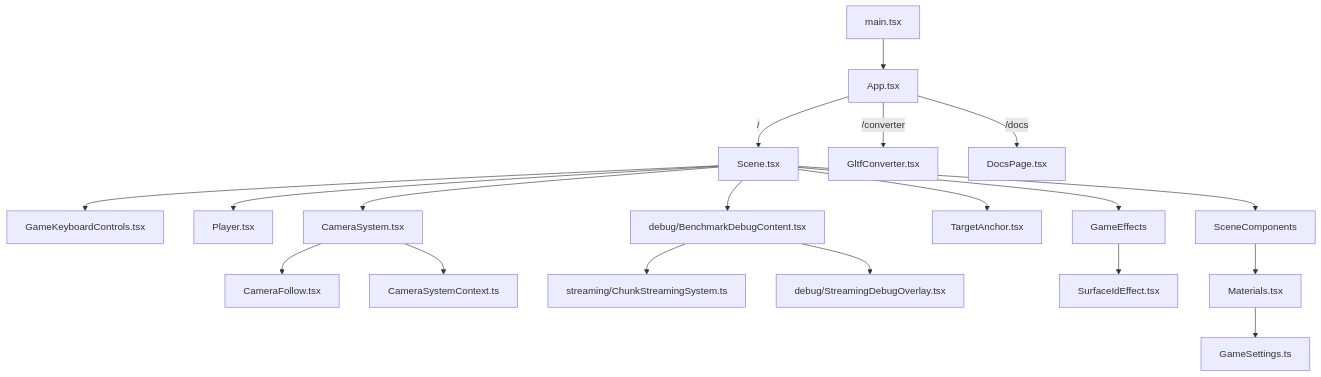
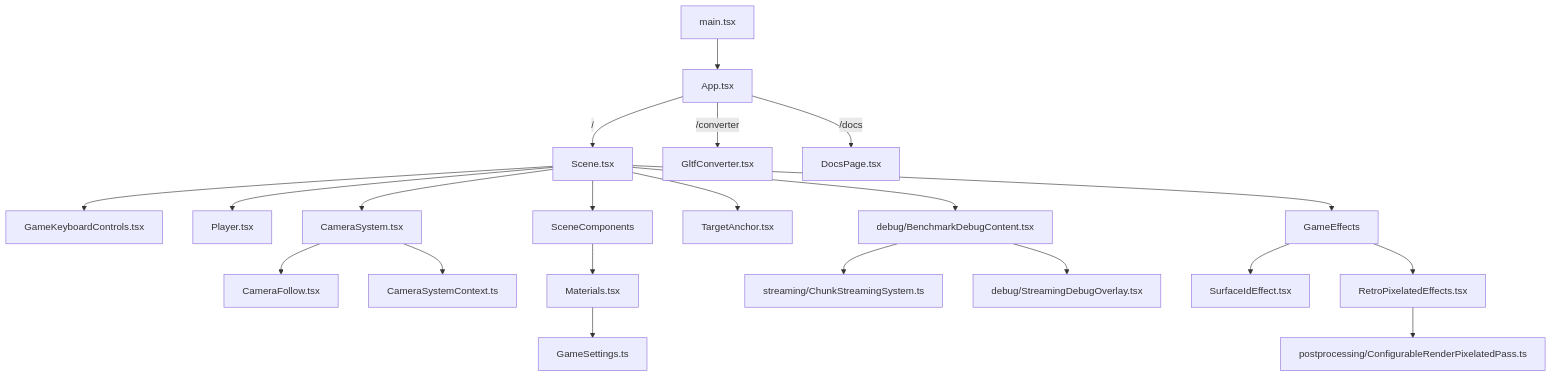
One commit to petersimmalugnt/IKEA-GAME-Prototype changed the diagram in DOCS.md. Above: the diagram before and after it, drawn with Mermaid. The commit also changed other lines of this file, not shown here.

Commit message:
docs: document render styles and configurable retro pixel pass

````diff
--- a/DOCS.md
+++ b/DOCS.md
@@ -11,21 +11,23 @@
 ```mermaid
 graph TD
     A[main.tsx] --> B[App.tsx]
     B -->|"/"| C[Scene.tsx]
     B -->|"/converter"| D[GltfConverter.tsx]
     B -->|"/docs"| L[DocsPage.tsx]
     C --> M[GameKeyboardControls.tsx]
     C --> E[Player.tsx]
     C --> F[SceneComponents]
     C --> CS[CameraSystem.tsx]
     C --> TA[TargetAnchor.tsx]
     CS --> G[CameraFollow.tsx]
     CS --> CTX[CameraSystemContext.ts]
     C --> H[GameEffects]
+    H --> R[RetroPixelatedEffects.tsx]
+    R --> PP[postprocessing/ConfigurableRenderPixelatedPass.ts]
     C --> N[debug/BenchmarkDebugContent.tsx]
     N --> O[streaming/ChunkStreamingSystem.ts]
     N --> P[debug/StreamingDebugOverlay.tsx]
     H --> I[SurfaceIdEffect.tsx]
     F --> J[Materials.tsx]
     J --> K[GameSettings.ts]
 ```
````
